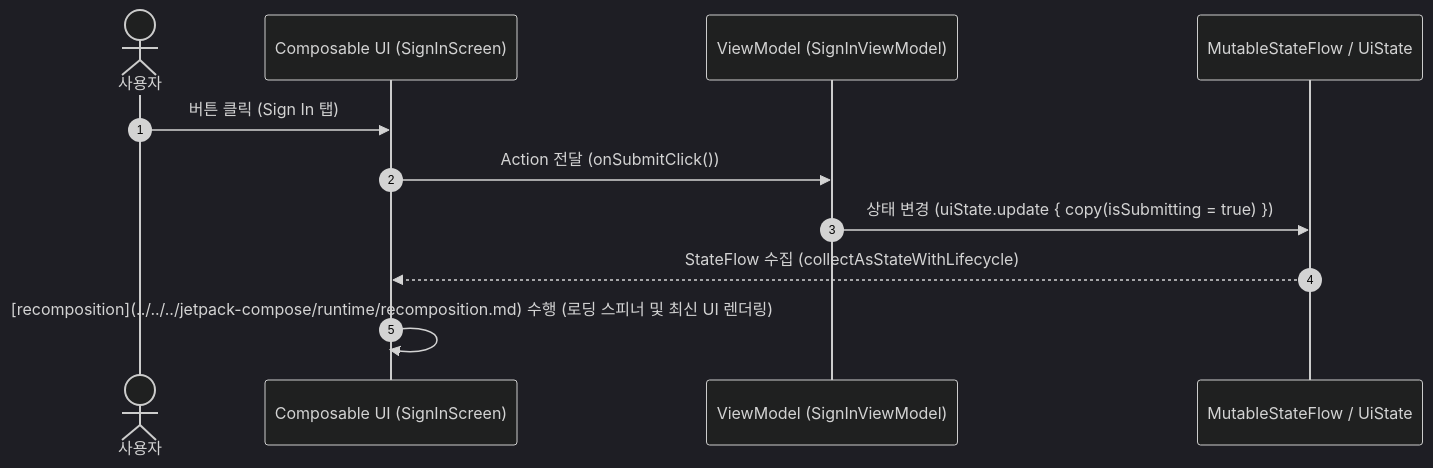
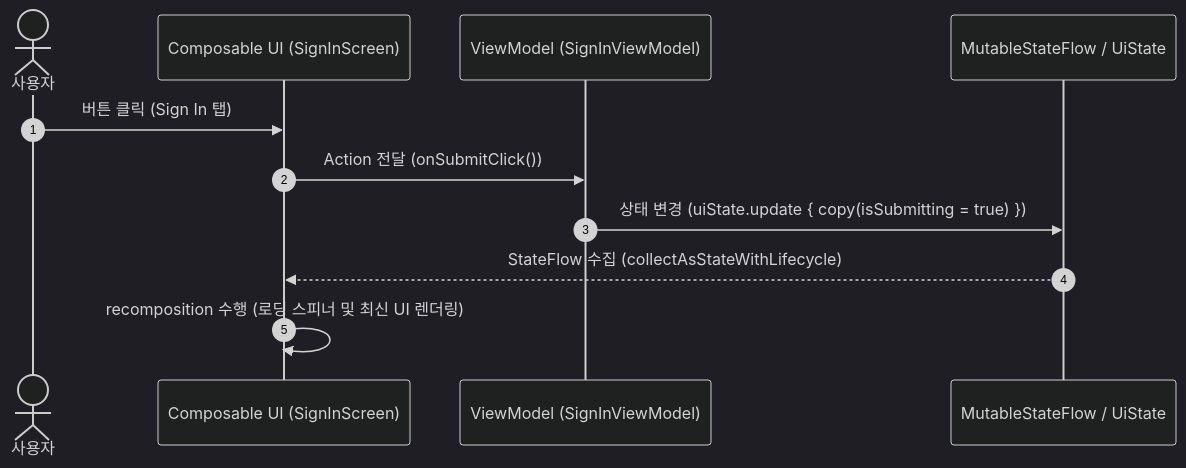
One commit to youngmin-gwon/what-i-studied changed the diagram in 01_inbox/mobile/android/02_app_framework/architecture/state-management/ui-state/ui-receives-state-and-sends-actions-up.md. Above: the diagram before and after it, drawn with Mermaid (dark theme). The commit also changed other lines of this file and 68 other files, not shown here.

````diff
--- a/01_inbox/mobile/android/02_app_framework/architecture/state-management/ui-state/ui-receives-state-and-sends-actions-up.md
+++ b/01_inbox/mobile/android/02_app_framework/architecture/state-management/ui-state/ui-receives-state-and-sends-actions-up.md
@@ -34,14 +34,14 @@
 ```mermaid
 sequenceDiagram
     autonumber
     actor User as 사용자
     participant UI as Composable UI (SignInScreen)
     participant VM as ViewModel (SignInViewModel)
     participant SF as MutableStateFlow / UiState
 
     User->>UI: 버튼 클릭 (Sign In 탭)
     UI->>VM: Action 전달 (onSubmitClick())
     VM->>SF: 상태 변경 (uiState.update { copy(isSubmitting = true) })
     SF-->>UI: StateFlow 수집 (collectAsStateWithLifecycle)
-    UI->>UI: [recomposition](../../../jetpack-compose/runtime/recomposition.md) 수행 (로딩 스피너 및 최신 UI 렌더링)
+    UI->>UI: recomposition 수행 (로딩 스피너 및 최신 UI 렌더링)
 ```
````
